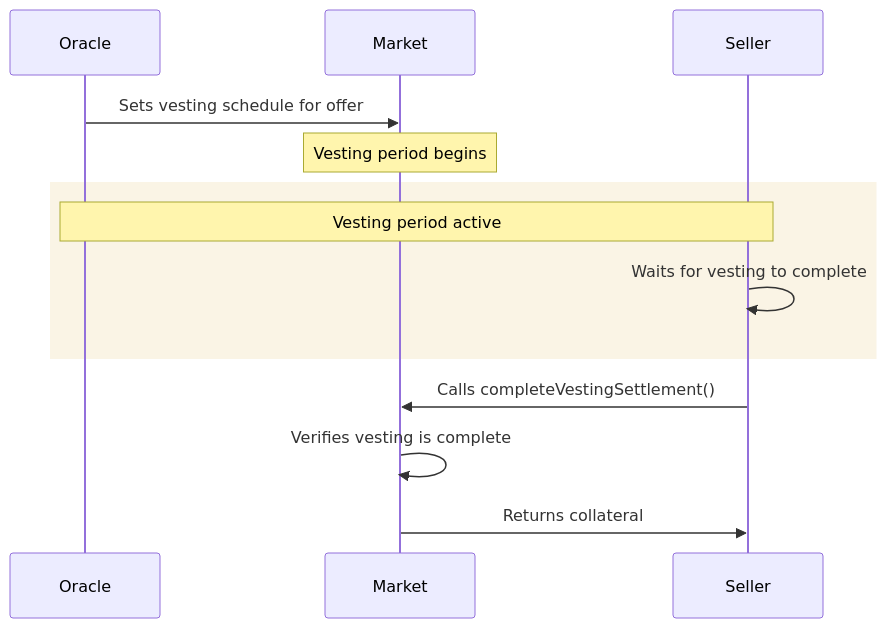
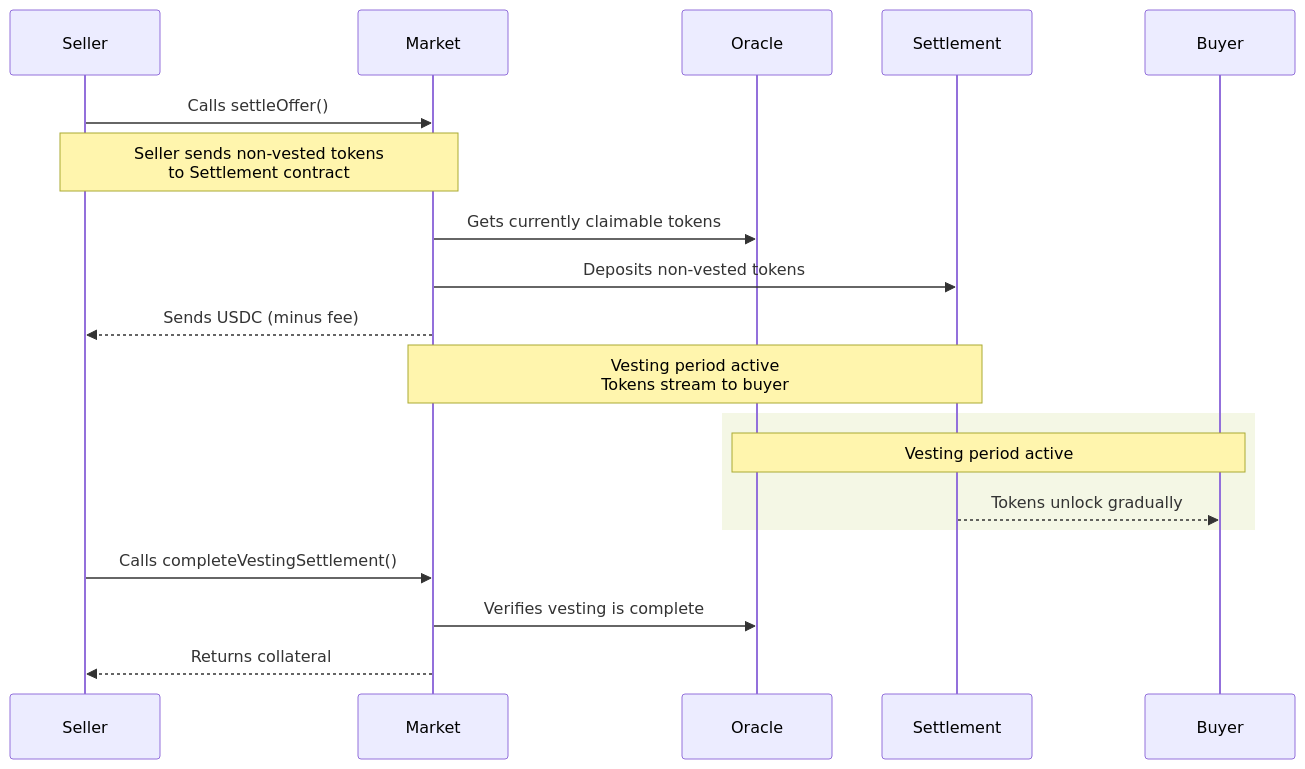
One commit to 0xPortalLabs/docs changed the fifth of 6 diagrams in architecture/market-trading.mdx. Above: the diagram before and after it, drawn with Mermaid. The commit also changed other lines of this file, not shown here.

Commit message:
market page

````diff
--- a/architecture/market-trading.mdx
+++ b/architecture/market-trading.mdx
@@ -195,16 +213,22 @@
 ```mermaid
 sequenceDiagram
+  participant Seller
+  participant Market
   participant Oracle
-  participant Market
-  participant Seller
+  participant Settlement
+  participant Buyer
 
-  Oracle->>Market: Sets vesting schedule for offer
-  Note over Market: Vesting period begins
-  rect rgba(200, 150, 0, .1)
-  Note over Oracle,Seller: Vesting period active
-  Seller->>Seller: Waits for vesting to complete
+  Seller->>Market: Calls settleOffer()
+  Note over Seller,Market: Seller sends non-vested tokens<br/>to Settlement contract
+  Market->>Oracle: Gets currently claimable tokens
+  Market->>Settlement: Deposits non-vested tokens
+  Market-->>Seller: Sends USDC (minus fee)
+  Note over Market,Settlement: Vesting period active<br/>Tokens stream to buyer
+  rect rgba(148, 173, 7, 0.1)
+  Note over Oracle,Buyer: Vesting period active
+  Settlement-->>Buyer: Tokens unlock gradually
   end
   Seller->>Market: Calls completeVestingSettlement()
-  Market->>Market: Verifies vesting is complete
-  Market->>Seller: Returns collateral
+  Market->>Oracle: Verifies vesting is complete
+  Market-->>Seller: Returns collateral
 ```
````
